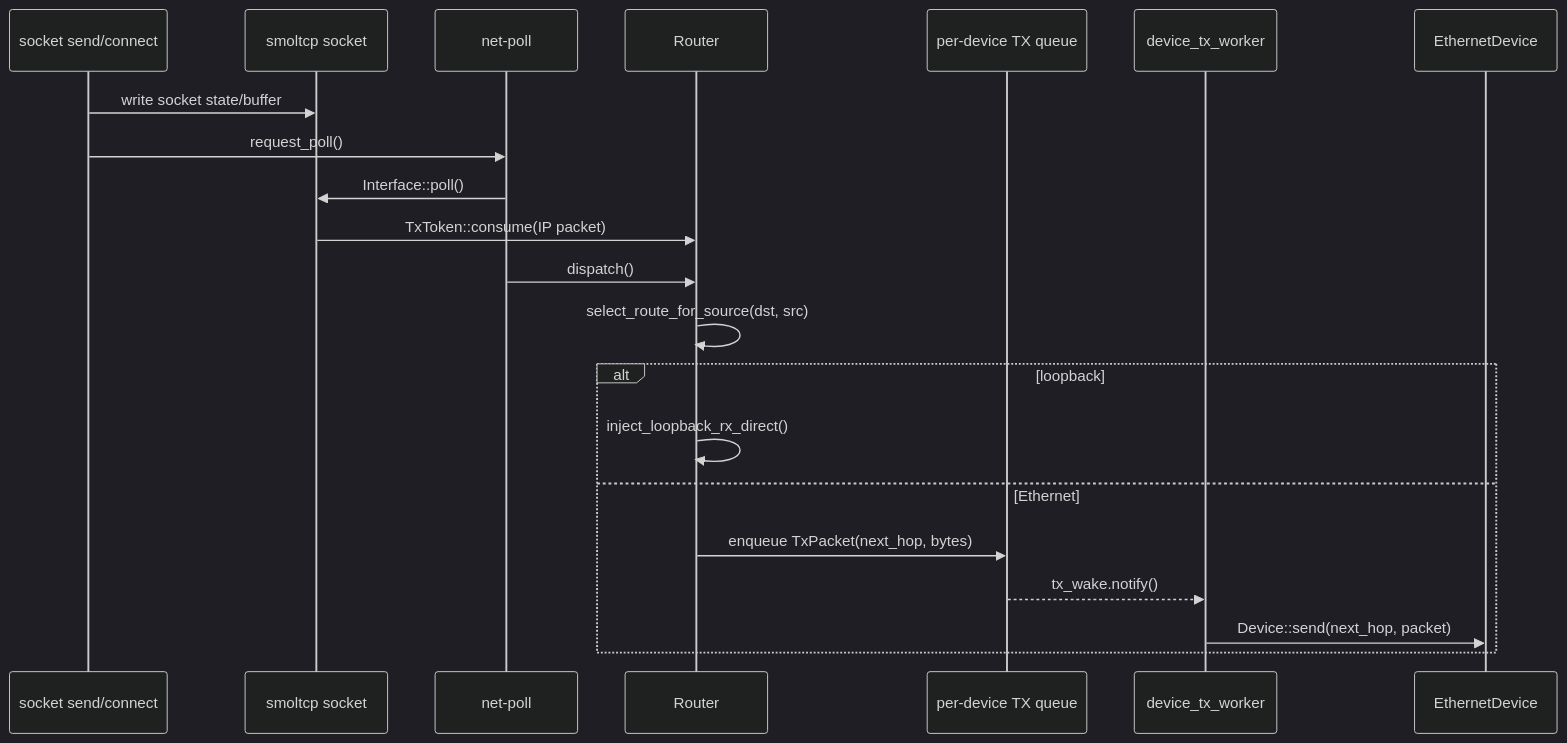
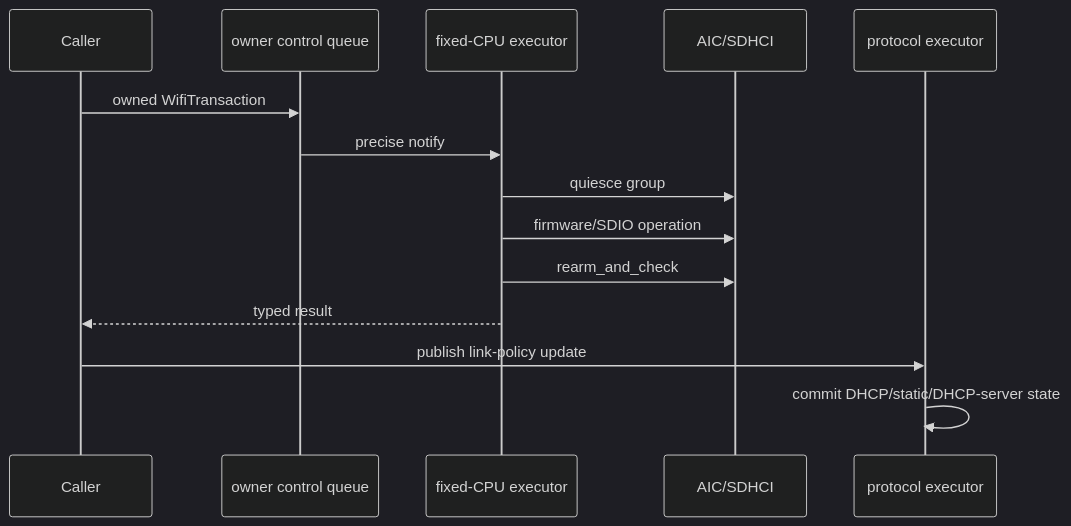
The fifth of 5 diagrams in docs/docs/architecture/net/flows.md (451846939/tgoskits), drawn with Mermaid (dark theme) before and after one commit. The commit also changed other lines of this file and 99 other files, not shown here.

First line of the commit message:
refactor(ax-net): add queue-level NAPI runtime (#2178)

````diff
--- a/docs/docs/architecture/net/flows.md
+++ b/docs/docs/architecture/net/flows.md
@@ -301,24 +199,17 @@
 ```mermaid
 sequenceDiagram
-    participant App as socket send/connect
-    participant Smol as smoltcp socket
-    participant Poll as net-poll
-    participant Router as Router
-    participant TxQ as per-device TX queue
-    participant TxW as device_tx_worker
-    participant Dev as EthernetDevice
+    participant Caller
+    participant CQ as owner control queue
+    participant QE as fixed-CPU executor
+    participant HW as AIC/SDHCI
+    participant PE as protocol executor
 
-    App->>Smol: write socket state/buffer
-    App->>Poll: request_poll()
-    Poll->>Smol: Interface::poll()
-    Smol->>Router: TxToken::consume(IP packet)
-    Poll->>Router: dispatch()
-    Router->>Router: select_route_for_source(dst, src)
-    alt loopback
-        Router->>Router: inject_loopback_rx_direct()
-    else Ethernet
-        Router->>TxQ: enqueue TxPacket(next_hop, bytes)
-        TxQ-->>TxW: tx_wake.notify()
-        TxW->>Dev: Device::send(next_hop, packet)
-    end
+    Caller->>CQ: owned WifiTransaction
+    CQ->>QE: precise notify
+    QE->>HW: quiesce group
+    QE->>HW: firmware/SDIO operation
+    QE->>HW: rearm_and_check
+    QE-->>Caller: typed result
+    Caller->>PE: publish link-policy update
+    PE->>PE: commit DHCP/static/DHCP-server state
 ```
````
